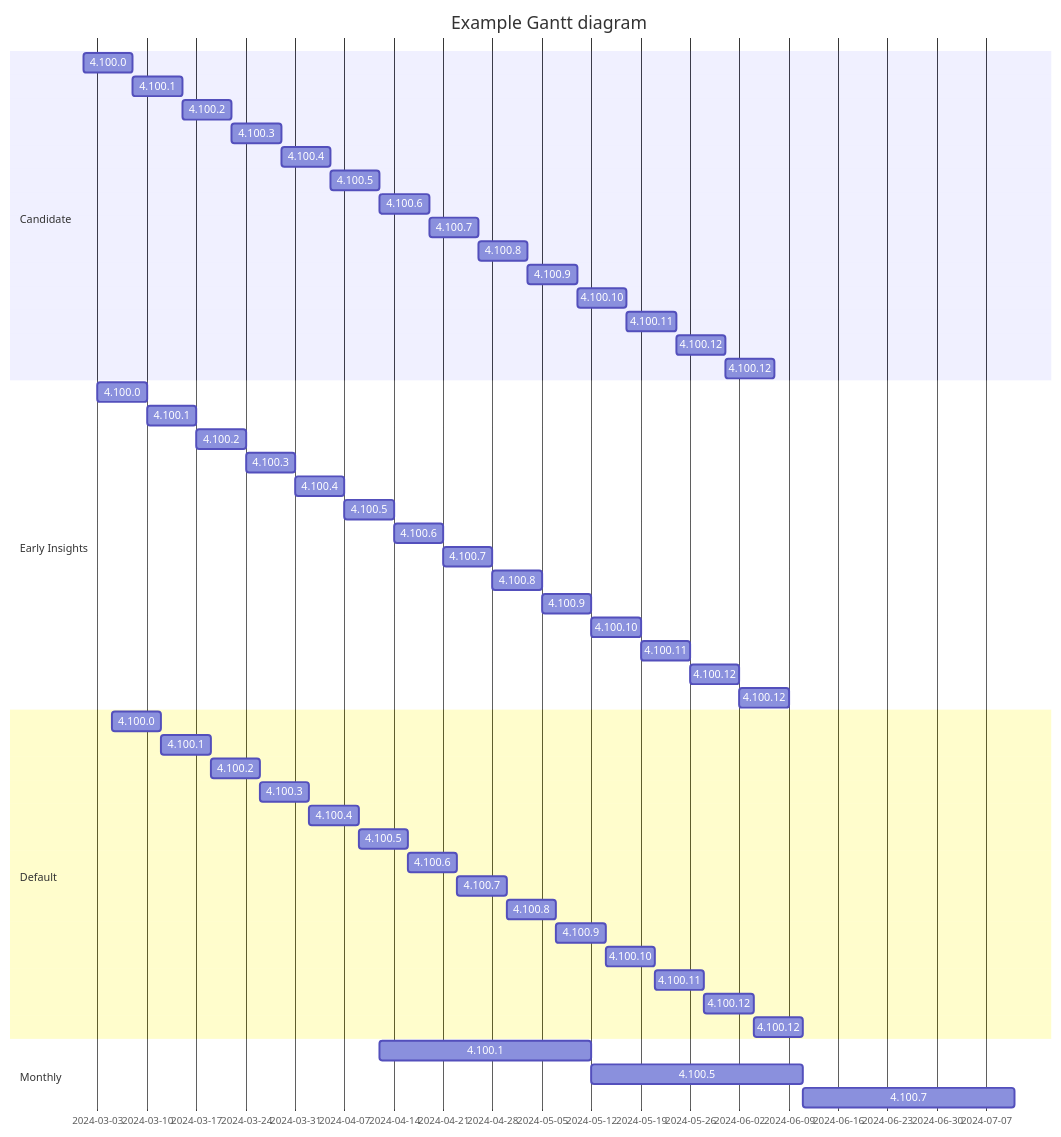
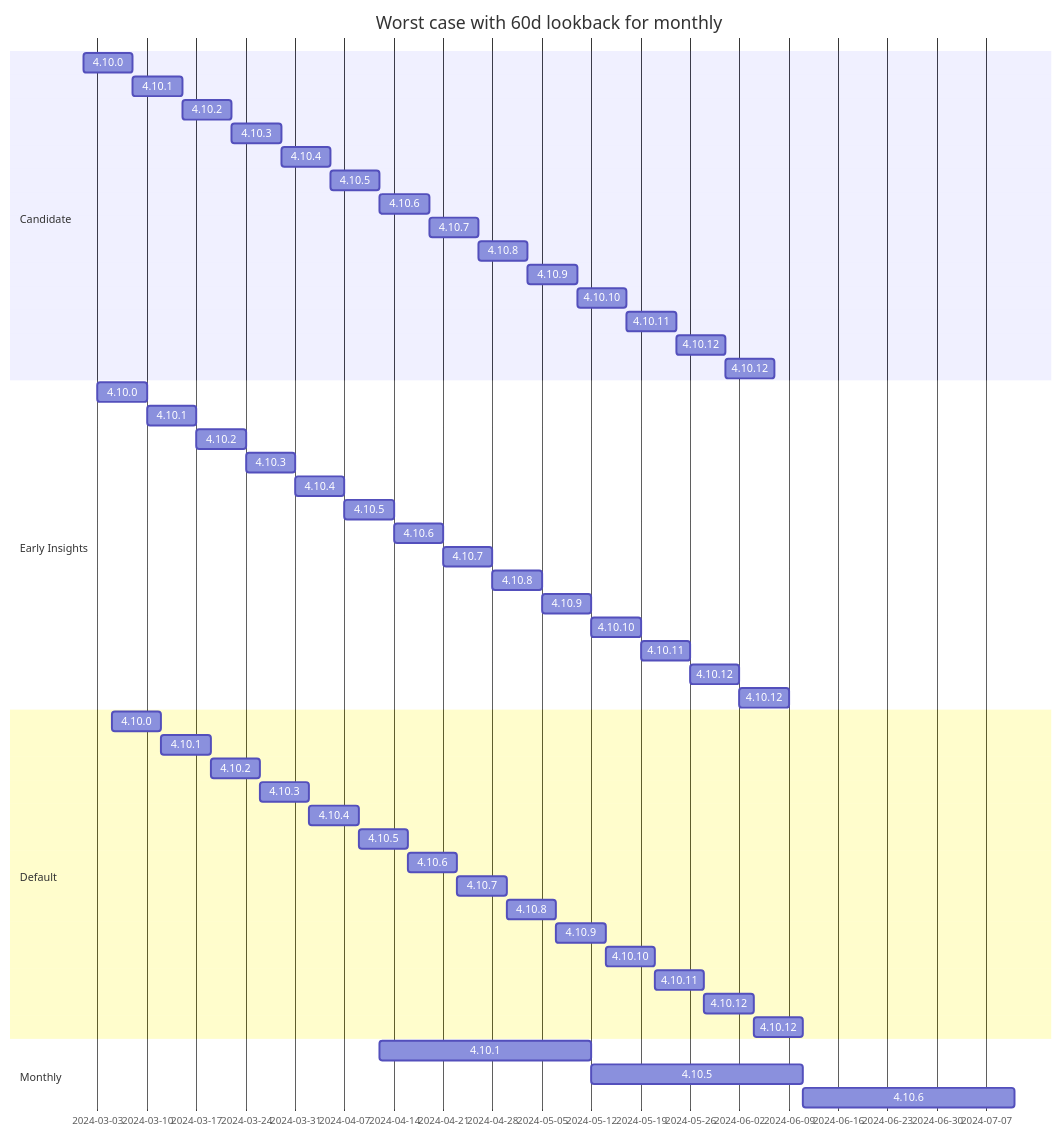
Before and after one commit to sdodson/cincinnati-graph-data: the first of 2 diagrams in policies.md, drawn with Mermaid. The commit also changed other lines of this file, not shown here.

````diff
--- a/policies.md
+++ b/policies.md
@@ -2,54 +5,54 @@
 ```mermaid
 gantt
- title Example Gantt diagram
+ title Worst case with 60d lookback for monthly
     dateFormat  YYYY-MM-DD
     section Candidate
-    4.100.0 :c41000, 2024-03-01,7d
-    4.100.1 :c41001, after c41000, 7d
-    4.100.2 :c41002, after c41001, 7d
-    4.100.3 :c41003, after c41002, 7d
-    4.100.4 :c41004, after c41003, 7d
-    4.100.5 :c41005, after c41004, 7d
-    4.100.6 :c41006, after c41005, 7d
-    4.100.7 :c41007, after c41006, 7d
-    4.100.8 :c41008, after c41007, 7d
-    4.100.9 :c41009, after c41008, 7d
-    4.100.10 :c410010, after c41009, 7d
-    4.100.11 :c410011, after c410010, 7d
-    4.100.12 :c410012, after c410011, 7d
-    4.100.12 :c410013, after c410012, 7d
+    4.10.0  :c41000, 2024-03-01,7d
+    4.10.1  :c41001, after c41000, 7d
+    4.10.2  :c41002, after c41001, 7d
+    4.10.3  :c41003, after c41002, 7d
+    4.10.4  :c41004, after c41003, 7d
+    4.10.5  :c41005, after c41004, 7d
+    4.10.6  :c41006, after c41005, 7d
+    4.10.7  :c41007, after c41006, 7d
+    4.10.8  :c41008, after c41007, 7d
+    4.10.9  :c41009, after c41008, 7d
+    4.10.10 :c41010, after c41009, 7d
+    4.10.11 :c41011, after c41010, 7d
+    4.10.12 :c41012, after c41011, 7d
+    4.10.12 :c41013, after c41012, 7d
     section Early Insights
-    4.100.0 :ea41000, 2024-03-03,7d
-    4.100.1 :ea41001, after ea41000, 7d
-    4.100.2 :ea41002, after ea41001, 7d
-    4.100.3 :ea41003, after ea41002, 7d
-    4.100.4 :ea41004, after ea41003, 7d
-    4.100.5 :ea41005, after ea41004, 7d
-    4.100.6 :ea41006, after ea41005, 7d
-    4.100.7 :ea41007, after ea41006, 7d
-    4.100.8 :ea41008, after ea41007, 7d
-    4.100.9 :ea41009, after ea41008, 7d
-    4.100.10 :ea410010, after ea41009, 7d
-    4.100.11 :ea410011, after ea410010, 7d
-    4.100.12 :ea410012, after ea410011, 7d
-    4.100.12 :ea410013, after ea410012, 7d
+    4.10.0  :ea41000, 2024-03-03,7d
+    4.10.1  :ea41001, after ea41000, 7d
+    4.10.2  :ea41002, after ea41001, 7d
+    4.10.3  :ea41003, after ea41002, 7d
+    4.10.4  :ea41004, after ea41003, 7d
+    4.10.5  :ea41005, after ea41004, 7d
+    4.10.6  :ea41006, after ea41005, 7d
+    4.10.7  :ea41007, after ea41006, 7d
+    4.10.8  :ea41008, after ea41007, 7d
+    4.10.9  :ea41009, after ea41008, 7d
+    4.10.10 :ea41010, after ea41009, 7d
+    4.10.11 :ea41011, after ea41010, 7d
+    4.10.12 :ea41012, after ea41011, 7d
+    4.10.12 :ea41013, after ea41012, 7d
     Section Default
-    4.100.0 :d41000, 2024-03-05,7d
-    4.100.1 :d41001, after d41000, 7d
-    4.100.2 :d41002, after d41001, 7d
-    4.100.3 :d41003, after d41002, 7d
-    4.100.4 :d41004, after d41003, 7d
-    4.100.5 :d41005, after d41004, 7d
-    4.100.6 :d41006, after d41005, 7d
-    4.100.7 :d41007, after d41006, 7d
-    4.100.8 :d41008, after d41007, 7d
-    4.100.9 :d41009, after d41008, 7d
-    4.100.10 :d410010, after d41009, 7d
-    4.100.11 :d410011, after d410010, 7d
-    4.100.12 :d410012, after d410011, 7d
-    4.100.12 :d410013, after d410012, 7d
+    4.10.0  :d41000, 2024-03-05,7d
+    4.10.1  :d41001, after d41000, 7d
+    4.10.2  :d41002, after d41001, 7d
+    4.10.3  :d41003, after d41002, 7d
+    4.10.4  :d41004, after d41003, 7d
+    4.10.5  :d41005, after d41004, 7d
+    4.10.6  :d41006, after d41005, 7d
+    4.10.7  :d41007, after d41006, 7d
+    4.10.8  :d41008, after d41007, 7d
+    4.10.9  :d41009, after d41008, 7d
+    4.10.10 :d41010, after d41009, 7d
+    4.10.11 :d41011, after d41010, 7d
+    4.10.12 :d41012, after d41011, 7d
+    4.10.12 :d41013, after d41012, 7d
     Section Monthly
-    4.100.1 :m41001, 2024-04-12, 30d
-    4.100.5 :m41005, after m41001, 30d
-    4.100.7 :m41007, after m41005, 30d
+    4.10.1  :m41001, 2024-04-12, 30d
+    4.10.5  :m41005, after m41001, 30d
+    4.10.6  :m41006, after m41005, 30d
 ```
````
